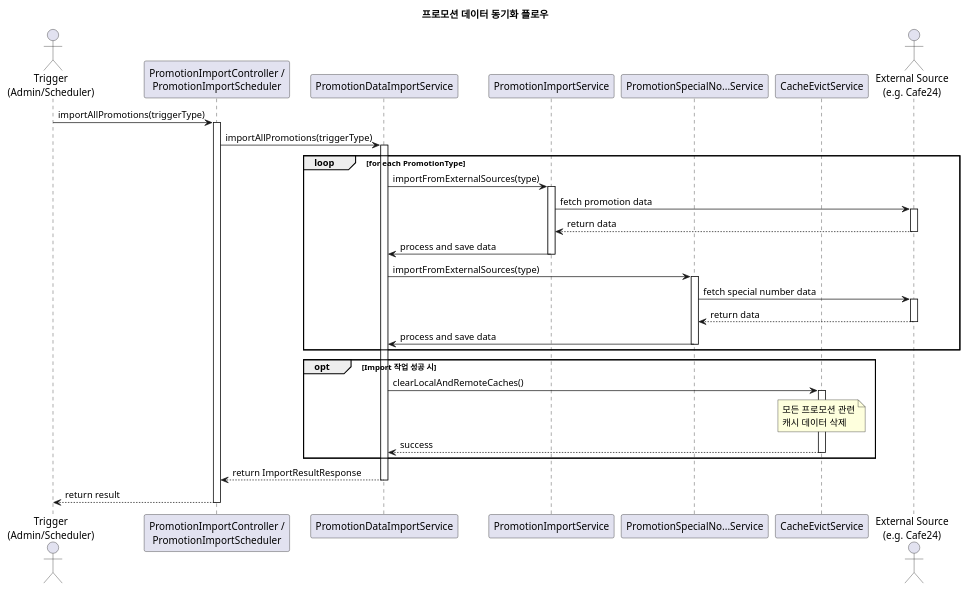
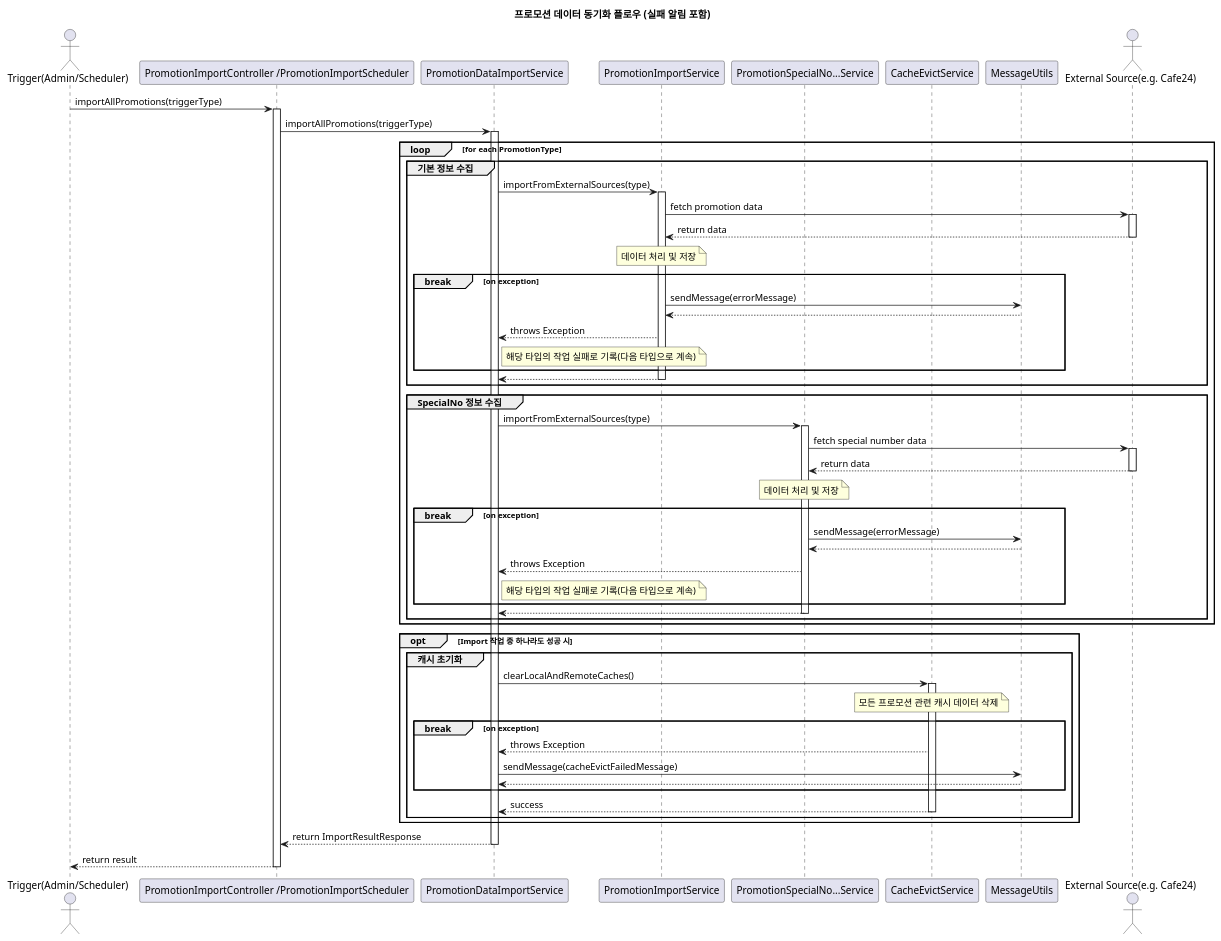
The diagram in promotion/promotion_sync_sequence.puml (koojeongwoon/portfolio), drawn with PlantUML before and after one commit. The commit also changed 15 other files, not shown here.

```diff
--- a/promotion/promotion_sync_sequence.puml
+++ b/promotion/promotion_sync_sequence.puml
@@ -1,52 +1,84 @@
 @startuml sequence
-title 프로모션 데이터 동기화 플로우
+title 프로모션 데이터 동기화 플로우 (실패 알림 포함)
 
-actor "Trigger\n(Admin/Scheduler)" as Trigger
-participant "PromotionImportController /\nPromotionImportScheduler" as EntryPoint
+actor "Trigger(Admin/Scheduler)" as Trigger
+participant "PromotionImportController /PromotionImportScheduler" as EntryPoint
 participant "PromotionDataImportService" as Orchestrator
 participant "PromotionImportService" as ImportSvc
 participant "PromotionSpecialNo...Service" as SpecialNoSvc
 participant "CacheEvictService" as CacheSvc
-actor "External Source\n(e.g. Cafe24)" as External
+participant "MessageUtils" as Notifier
+actor "External Source(e.g. Cafe24)" as External
 
 Trigger -> EntryPoint: importAllPromotions(triggerType)
 activate EntryPoint
 
 EntryPoint -> Orchestrator: importAllPromotions(triggerType)
 activate Orchestrator
 
 loop for each PromotionType
-    Orchestrator -> ImportSvc: importFromExternalSources(type)
-    activate ImportSvc
-    ImportSvc -> External: fetch promotion data
-    activate External
-    External --> ImportSvc: return data
-    deactivate External
-    ImportSvc -> Orchestrator: process and save data
-    deactivate ImportSvc
+    group 기본 정보 수집
+        Orchestrator -> ImportSvc: importFromExternalSources(type)
+        activate ImportSvc
+        ImportSvc -> External: fetch promotion data
+        activate External
+        External --> ImportSvc: return data
+        deactivate External
+        note over ImportSvc: 데이터 처리 및 저장
 
-    Orchestrator -> SpecialNoSvc: importFromExternalSources(type)
-    activate SpecialNoSvc
-    SpecialNoSvc -> External: fetch special number data
-    activate External
-    External --> SpecialNoSvc: return data
-    deactivate External
-    SpecialNoSvc -> Orchestrator: process and save data
-    deactivate SpecialNoSvc
+        break on exception
+            ImportSvc -> Notifier: sendMessage(errorMessage)
+            Notifier --> ImportSvc
+            ImportSvc --> Orchestrator: throws Exception
+            note right of Orchestrator: 해당 타입의 작업 실패로 기록(다음 타입으로 계속)
+        end
+
+        ImportSvc --> Orchestrator
+        deactivate ImportSvc
+    end
+
+    group SpecialNo 정보 수집
+        Orchestrator -> SpecialNoSvc: importFromExternalSources(type)
+        activate SpecialNoSvc
+        SpecialNoSvc -> External: fetch special number data
+        activate External
+        External --> SpecialNoSvc: return data
+        deactivate External
+        note over SpecialNoSvc: 데이터 처리 및 저장
+
+        break on exception
+            SpecialNoSvc -> Notifier: sendMessage(errorMessage)
+            Notifier --> SpecialNoSvc
+            SpecialNoSvc --> Orchestrator: throws Exception
+            note right of Orchestrator: 해당 타입의 작업 실패로 기록(다음 타입으로 계속)
+        end
+
+        SpecialNoSvc --> Orchestrator
+        deactivate SpecialNoSvc
+    end
 end
 
-opt Import 작업 성공 시
-    Orchestrator -> CacheSvc: clearLocalAndRemoteCaches()
-    activate CacheSvc
-    note over CacheSvc: 모든 프로모션 관련\n캐시 데이터 삭제
-    CacheSvc --> Orchestrator: success
-    deactivate CacheSvc
+opt Import 작업 중 하나라도 성공 시
+    group 캐시 초기화
+        Orchestrator -> CacheSvc: clearLocalAndRemoteCaches()
+        activate CacheSvc
+        note over CacheSvc: 모든 프로모션 관련 캐시 데이터 삭제
+
+        break on exception
+            CacheSvc --> Orchestrator: throws Exception
+            Orchestrator -> Notifier: sendMessage(cacheEvictFailedMessage)
+            Notifier --> Orchestrator
+        end
+
+        CacheSvc --> Orchestrator: success
+        deactivate CacheSvc
+    end
 end
 
 Orchestrator --> EntryPoint: return ImportResultResponse
 deactivate Orchestrator
 
 EntryPoint --> Trigger: return result
 deactivate EntryPoint
 
 @enduml
```
